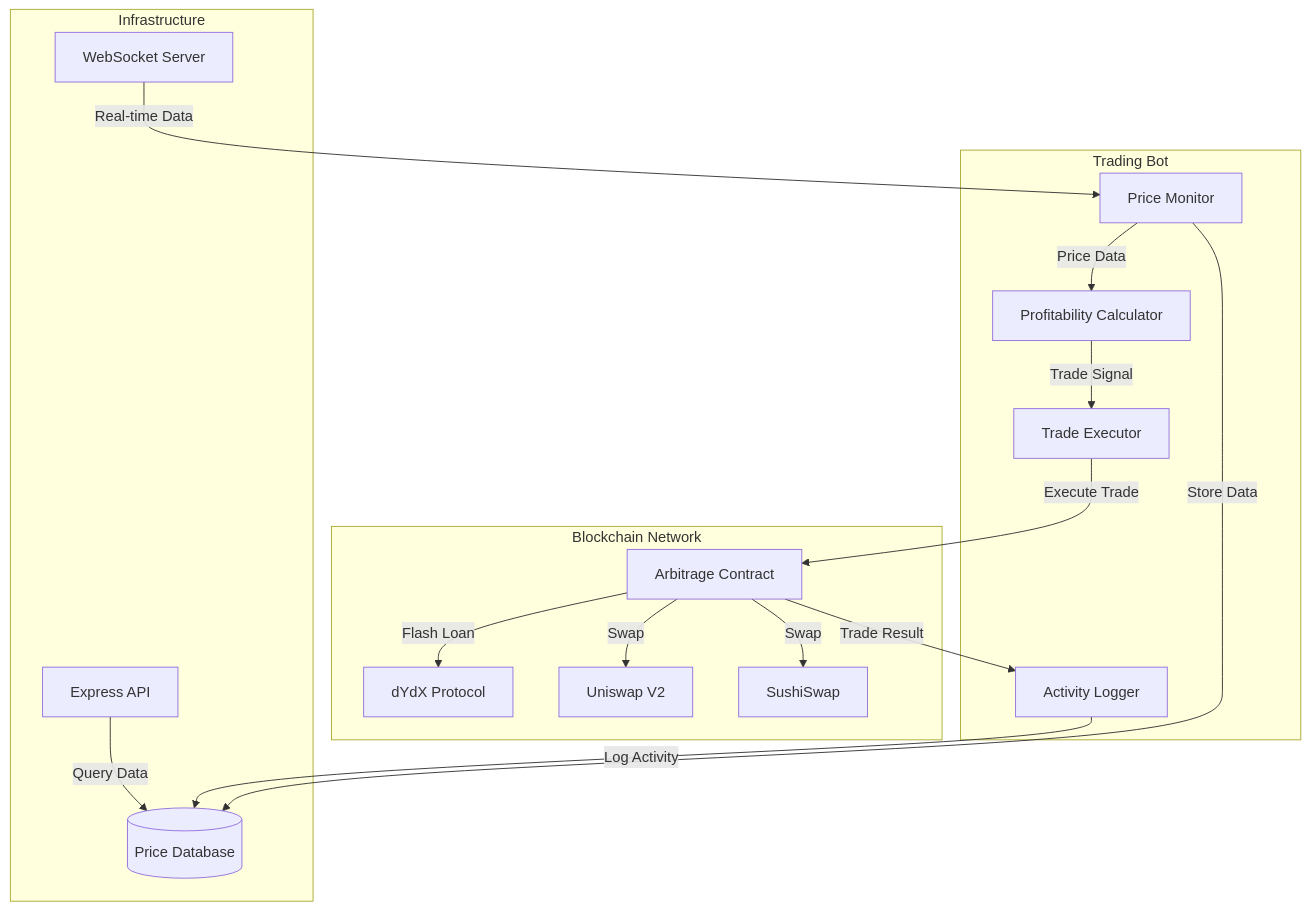
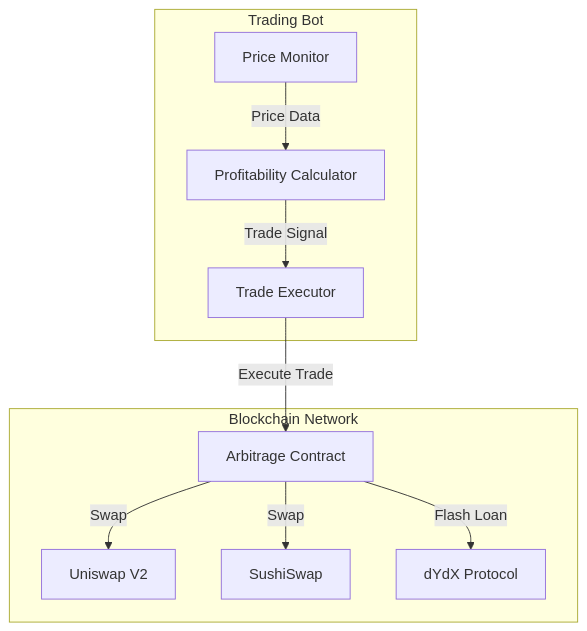
The diagram in README.md (SquilliamX/Trading-Bot), drawn with Mermaid before and after one commit.

````diff
--- a/README.md
+++ b/README.md
@@ -7,34 +7,22 @@
 ```mermaid
 graph TD
     subgraph Blockchain Network
         UniswapV2[Uniswap V2] 
         SushiSwap[SushiSwap]
         dYdX[dYdX Protocol]
         AC[Arbitrage Contract]
     end
 
     subgraph Trading Bot
         PM[Price Monitor]
         PC[Profitability Calculator]
         TE[Trade Executor]
-        AL[Activity Logger]
-    end
-
-    subgraph Infrastructure
-        WS[WebSocket Server]
-        DB[(Price Database)]
-        API[Express API]
     end
 
     PM -->|Price Data| PC
     PC -->|Trade Signal| TE
     TE -->|Execute Trade| AC
     AC -->|Flash Loan| dYdX
     AC -->|Swap| UniswapV2
     AC -->|Swap| SushiSwap
-    WS -->|Real-time Data| PM
-    PM -->|Store Data| DB
-    API -->|Query Data| DB
-    AL -->|Log Activity| DB
-    AC -->|Trade Result| AL
 ```
````
